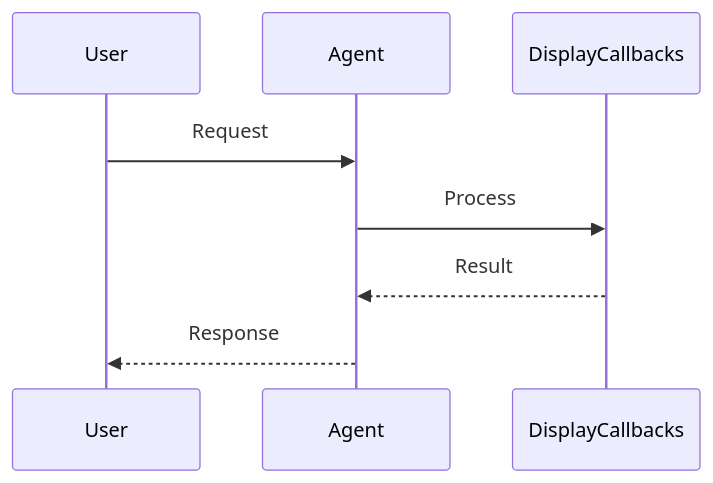
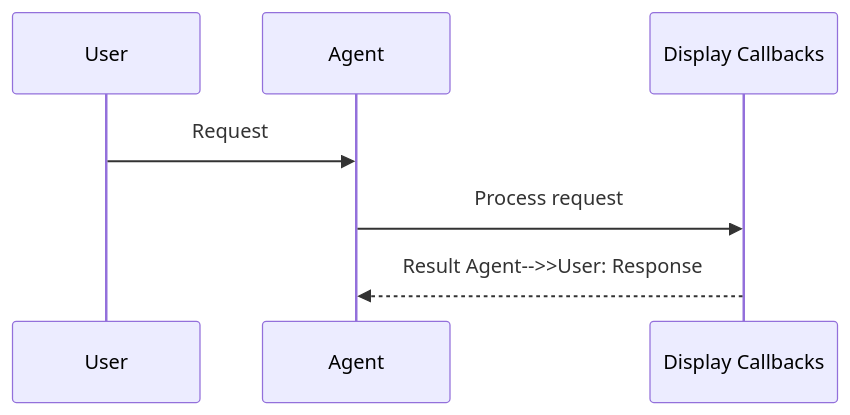
The second of 2 diagrams in docs/features/display-callbacks.mdx (MervinPraison/PraisonAIDocs), drawn with Mermaid before and after one commit. The commit also changed 204 other files, not shown here.

First line of the commit message:
docs: align feature/tool pages with AGENTS.md hero + sequence + import standards (fixes #1775)

````diff
--- a/docs/features/display-callbacks.mdx
+++ b/docs/features/display-callbacks.mdx
@@ -46,11 +46,10 @@
 ```mermaid
 sequenceDiagram
     participant User
     participant Agent
-    participant DisplayCallbacks
+    participant Feature as Display Callbacks
 
     User->>Agent: Request
-    Agent->>DisplayCallbacks: Process
-    DisplayCallbacks-->>Agent: Result
-    Agent-->>User: Response
+    Agent->>Feature: Process request
+    Feature-->>Agent: Result    Agent-->>User: Response
 ```
````
